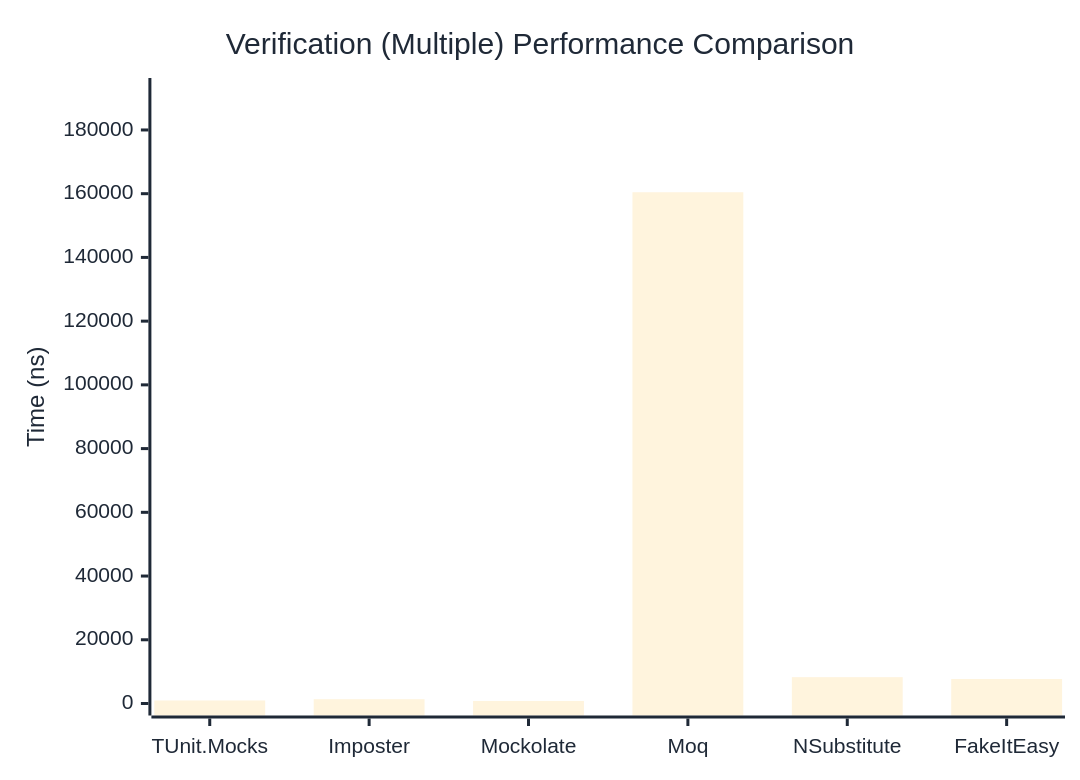
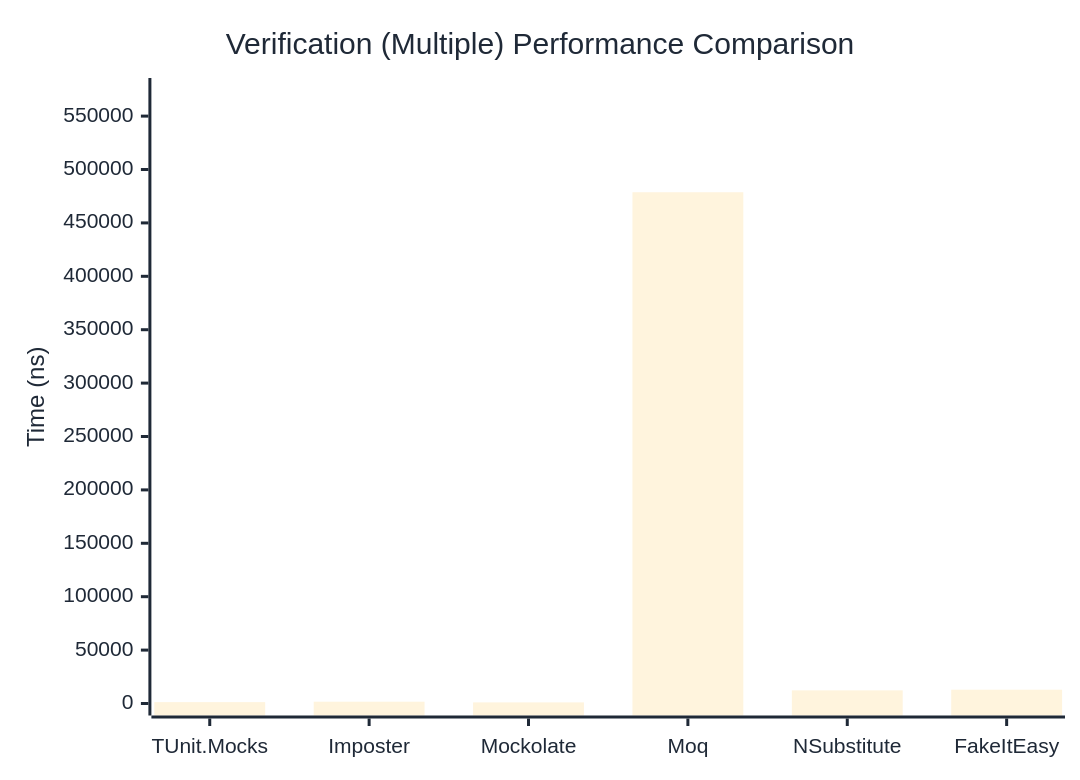
Before and after one commit to thomhurst/TUnit: the third of 3 diagrams in docs/docs/benchmarks/mocks/Verification.md, drawn with Mermaid. The commit also changed other lines of this file and 14 other files, not shown here.

````diff
--- a/docs/docs/benchmarks/mocks/Verification.md
+++ b/docs/docs/benchmarks/mocks/Verification.md
@@ -112,27 +112,27 @@
 ```mermaid
 %%{init: {
   'theme':'base',
   'themeVariables': {
     'primaryColor': '#2563eb',
     'primaryTextColor': '#1f2937',
     'primaryBorderColor': '#1e40af',
     'lineColor': '#6b7280',
     'secondaryColor': '#7c3aed',
     'tertiaryColor': '#dc2626',
     'background': '#ffffff',
     'pie1': '#2563eb',
     'pie2': '#7c3aed',
     'pie3': '#dc2626',
     'pie4': '#f59e0b',
     'pie5': '#10b981',
     'pie6': '#06b6d4',
     'pie7': '#ec4899',
     'pie8': '#6366f1'
   }
 }}%%
 xychart-beta
   title "Verification (Multiple) Performance Comparison"
   x-axis ["TUnit.Mocks", "Imposter", "Mockolate", "Moq", "NSubstitute", "FakeItEasy"]
-  y-axis "Time (ns)" 0 --> 192544
-  bar [952.87, 1350.99, 798.39, 160453.04, 8266.55, 7689.27]
+  y-axis "Time (ns)" 0 --> 574450
+  bar [1289.06, 1683.02, 1046.61, 478707.6, 12293.73, 12915.06]
 ```
````
